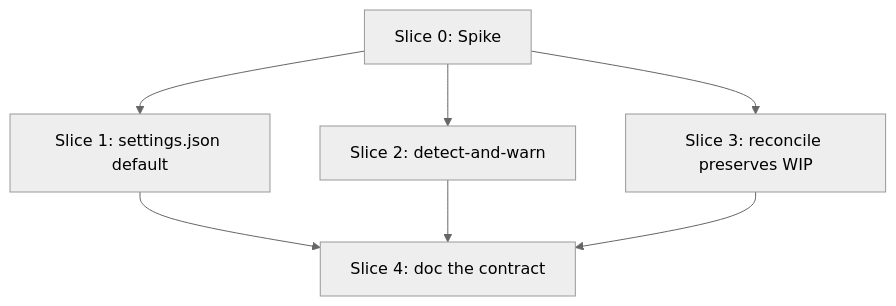
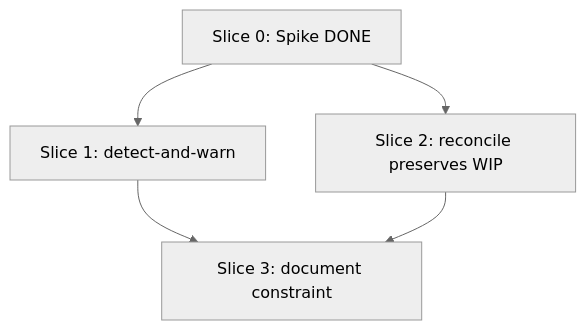
One commit to bdfinst/agentic-dev-team changed the diagram in plans/build-worktree-inherits-caller-head.md. Above: the diagram before and after it, drawn with Mermaid (neutral theme). The commit also changed other lines of this file and 2 other files, not shown here.

First line of the commit message:
chore(build): Slice 0 spike — worktree.baseRef=head verified, plugin scope disproved

````diff
--- a/plans/build-worktree-inherits-caller-head.md
+++ b/plans/build-worktree-inherits-caller-head.md
@@ -368,14 +314,11 @@
 ```mermaid
 graph TD
-  S0[Slice 0: Spike]
-  S1[Slice 1: settings.json default]
-  S2[Slice 2: detect-and-warn]
-  S3[Slice 3: reconcile preserves WIP]
-  S4[Slice 4: doc the contract]
+  S0[Slice 0: Spike DONE]
+  S1[Slice 1: detect-and-warn]
+  S2[Slice 2: reconcile preserves WIP]
+  S3[Slice 3: document constraint]
   S0 --> S1
   S0 --> S2
-  S0 --> S3
-  S1 --> S4
-  S2 --> S4
-  S3 --> S4
+  S1 --> S3
+  S2 --> S3
 ```
````
